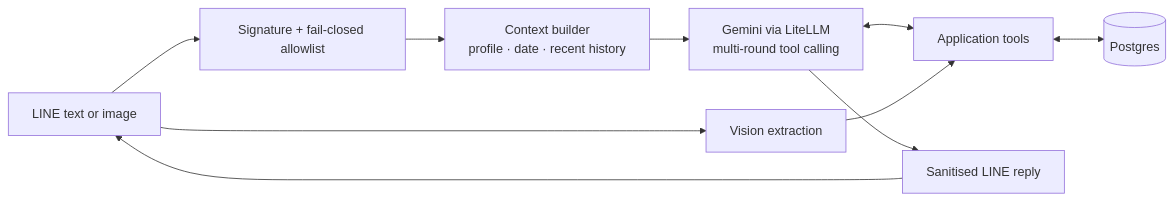
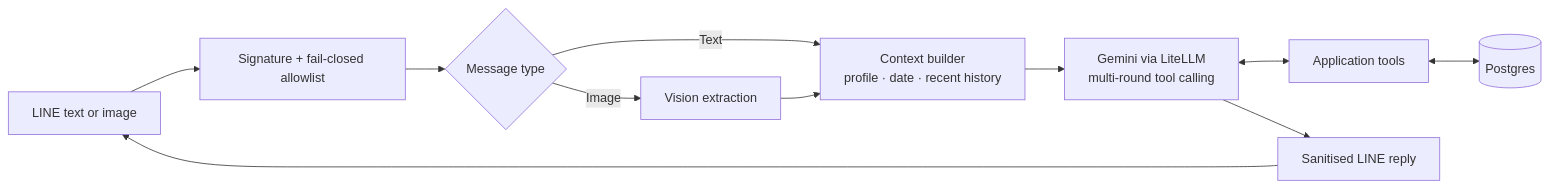
One commit to cyhsieh264/fitness-me changed the first of 2 diagrams in README.md. Above: the diagram before and after it, drawn with Mermaid. The commit also changed other lines of this file and 8 other files, not shown here.

````diff
--- a/README.md
+++ b/README.md
@@ -39,12 +68,13 @@
 ```mermaid
 flowchart LR
     line[LINE text or image] --> auth[Signature + fail-closed allowlist]
-    auth --> context[Context builder<br/>profile · date · recent history]
+    auth --> input{Message type}
+    input -->|Text| context[Context builder<br/>profile · date · recent history]
+    input -->|Image| vision[Vision extraction]
+    vision --> context
     context --> llm[Gemini via LiteLLM<br/>multi-round tool calling]
     llm <--> tools[Application tools]
     tools <--> db[(Postgres)]
-    line --> vision[Vision extraction]
-    vision --> tools
     llm --> reply[Sanitised LINE reply]
     reply --> line
 ```
````
